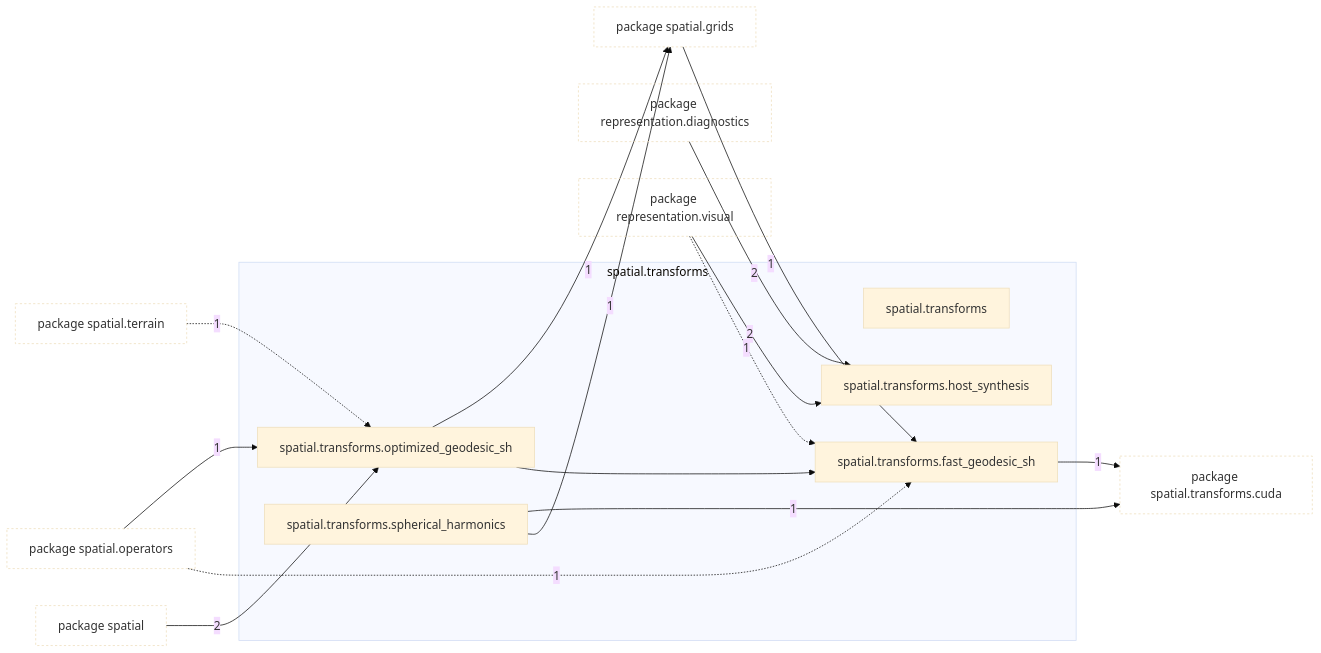
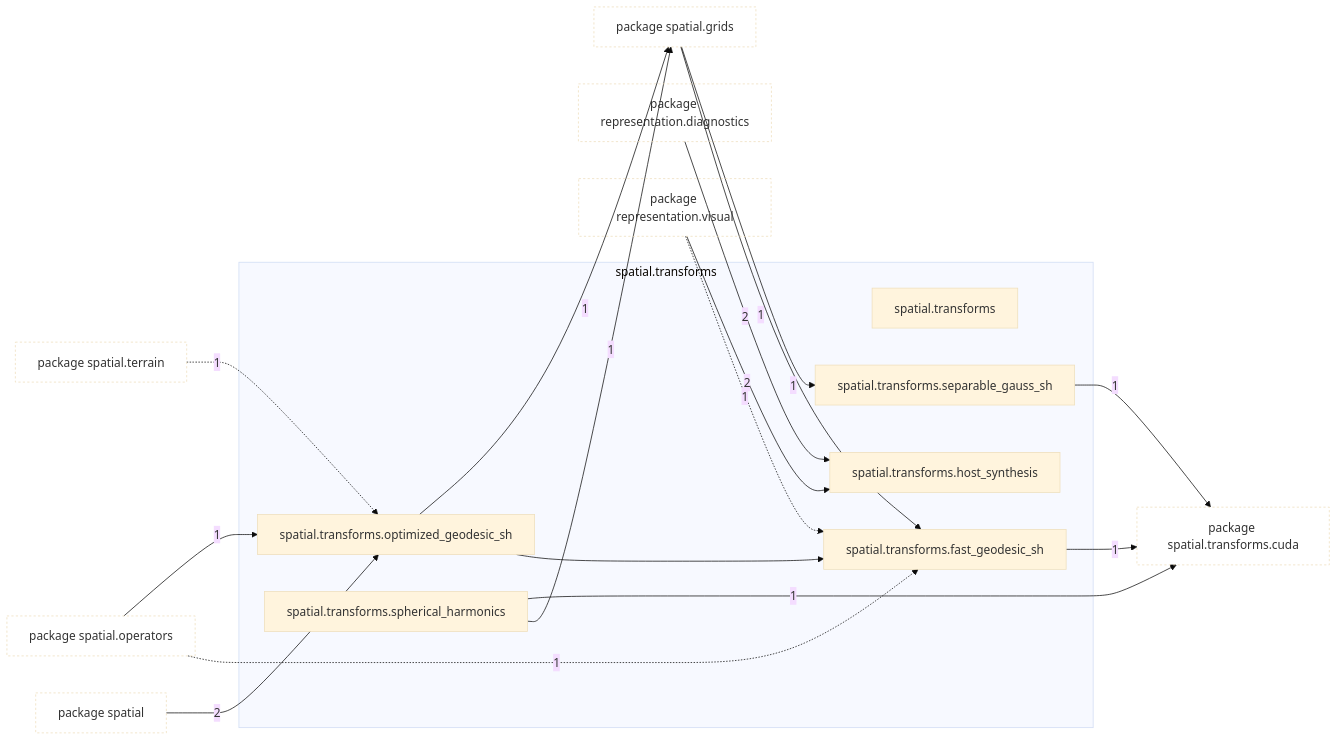
One commit to AlexandreEros/Palintropos changed the first of 2 diagrams in docs/architecture/current/packages/tropoi.spatial.transforms.md. Above: the diagram before and after it, drawn with Mermaid (base theme). The commit also changed other lines of this file and 26 other files, not shown here.

````diff
--- a/docs/architecture/current/packages/tropoi.spatial.transforms.md
+++ b/docs/architecture/current/packages/tropoi.spatial.transforms.md
@@ -23,40 +24,43 @@
 ```mermaid
 %% Generated by tools.architecture 2.3.0. Do not edit by hand.
 %% Modules of tropoi.spatial.transforms with imports in and out
 flowchart LR
     subgraph g_tropoi_ospatial_otransforms["spatial.transforms"]
         n_tropoi_ospatial_otransforms["spatial.transforms"]
         n_tropoi_ospatial_otransforms_ofast__geodesic__sh["spatial.transforms.fast#95;geodesic#95;sh"]
         n_tropoi_ospatial_otransforms_ohost__synthesis["spatial.transforms.host#95;synthesis"]
         n_tropoi_ospatial_otransforms_ooptimized__geodesic__sh["spatial.transforms.optimized#95;geodesic#95;sh"]
+        n_tropoi_ospatial_otransforms_oseparable__gauss__sh["spatial.transforms.separable#95;gauss#95;sh"]
         n_tropoi_ospatial_otransforms_ospherical__harmonics["spatial.transforms.spherical#95;harmonics"]
     end
     p_tropoi_orepresentation_odiagnostics["package representation.diagnostics"]
     p_tropoi_orepresentation_ovisual["package representation.visual"]
     p_tropoi_ospatial["package spatial"]
     p_tropoi_ospatial_ogrids["package spatial.grids"]
     p_tropoi_ospatial_ooperators["package spatial.operators"]
     p_tropoi_ospatial_oterrain["package spatial.terrain"]
     p_tropoi_ospatial_otransforms_ocuda["package spatial.transforms.cuda"]
     n_tropoi_ospatial_otransforms_ooptimized__geodesic__sh --> n_tropoi_ospatial_otransforms_ofast__geodesic__sh
     p_tropoi_orepresentation_odiagnostics -->|2| n_tropoi_ospatial_otransforms_ohost__synthesis
     p_tropoi_orepresentation_ovisual -.->|1| n_tropoi_ospatial_otransforms_ofast__geodesic__sh
     p_tropoi_orepresentation_ovisual -->|2| n_tropoi_ospatial_otransforms_ohost__synthesis
     p_tropoi_ospatial -->|2| n_tropoi_ospatial_otransforms_ooptimized__geodesic__sh
     p_tropoi_ospatial_ogrids -->|1| n_tropoi_ospatial_otransforms_ofast__geodesic__sh
+    p_tropoi_ospatial_ogrids -->|1| n_tropoi_ospatial_otransforms_oseparable__gauss__sh
     p_tropoi_ospatial_ooperators -.->|1| n_tropoi_ospatial_otransforms_ofast__geodesic__sh
     p_tropoi_ospatial_ooperators -->|1| n_tropoi_ospatial_otransforms_ooptimized__geodesic__sh
     p_tropoi_ospatial_oterrain -.->|1| n_tropoi_ospatial_otransforms_ooptimized__geodesic__sh
     n_tropoi_ospatial_otransforms_ofast__geodesic__sh -->|1| p_tropoi_ospatial_otransforms_ocuda
     n_tropoi_ospatial_otransforms_ooptimized__geodesic__sh -->|1| p_tropoi_ospatial_ogrids
+    n_tropoi_ospatial_otransforms_oseparable__gauss__sh -->|1| p_tropoi_ospatial_otransforms_ocuda
     n_tropoi_ospatial_otransforms_ospherical__harmonics -->|1| p_tropoi_ospatial_ogrids
     n_tropoi_ospatial_otransforms_ospherical__harmonics -->|1| p_tropoi_ospatial_otransforms_ocuda
     classDef other fill:none,stroke-dasharray:3 3
     class p_tropoi_orepresentation_odiagnostics other
     class p_tropoi_orepresentation_ovisual other
     class p_tropoi_ospatial other
     class p_tropoi_ospatial_ogrids other
     class p_tropoi_ospatial_ooperators other
     class p_tropoi_ospatial_oterrain other
     class p_tropoi_ospatial_otransforms_ocuda other
 ```
````
